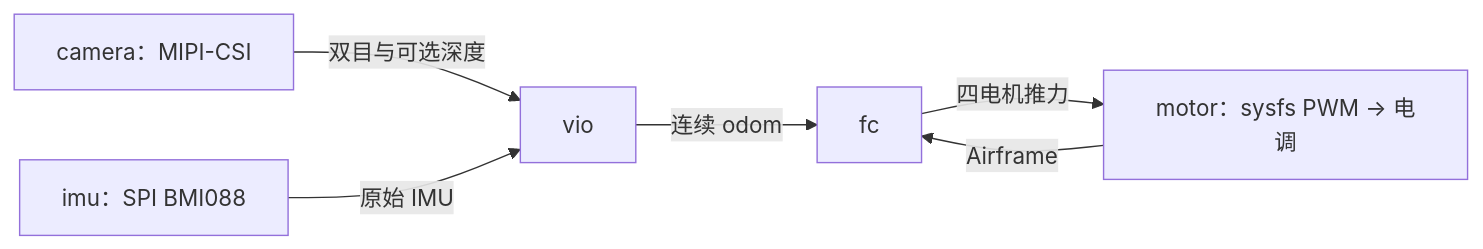
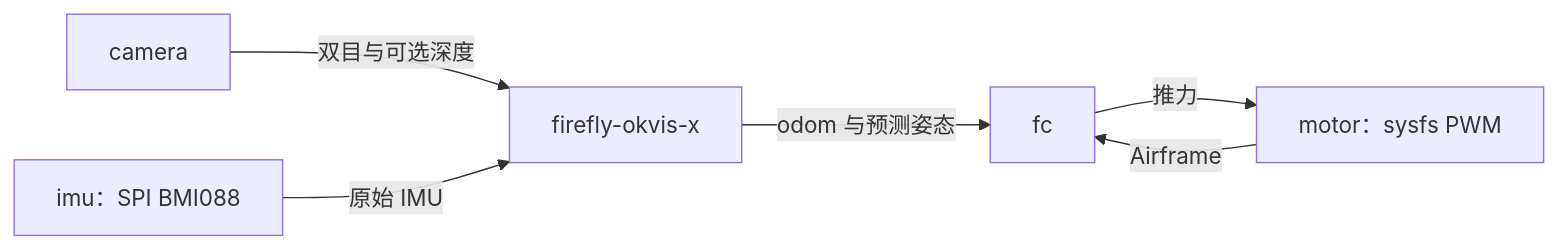
The second of 2 diagrams in docs/architecture.md (3SE-Competitive-Robotics-Team/firefly), drawn with Mermaid before and after one commit. The commit also changed other lines of this file and 106 other files, not shown here.

Commit message:
refactor(okvis2-x): 退役旧 VIO 与回环链路并切换默认进程

````diff
--- a/docs/architecture.md
+++ b/docs/architecture.md
@@ -54,8 +45,8 @@
 ```mermaid
 flowchart LR
-    C[camera：MIPI-CSI] -->|双目与可选深度| V[vio]
+    C[camera] -->|双目与可选深度| V[firefly-okvis-x]
     M[imu：SPI BMI088] -->|原始 IMU| V
-    V -->|连续 odom| F[fc]
-    F -->|四电机推力| T[motor：sysfs PWM → 电调]
+    V -->|odom 与预测姿态| F[fc]
+    F -->|推力| T[motor：sysfs PWM]
     T -->|Airframe| F
 ```
````
